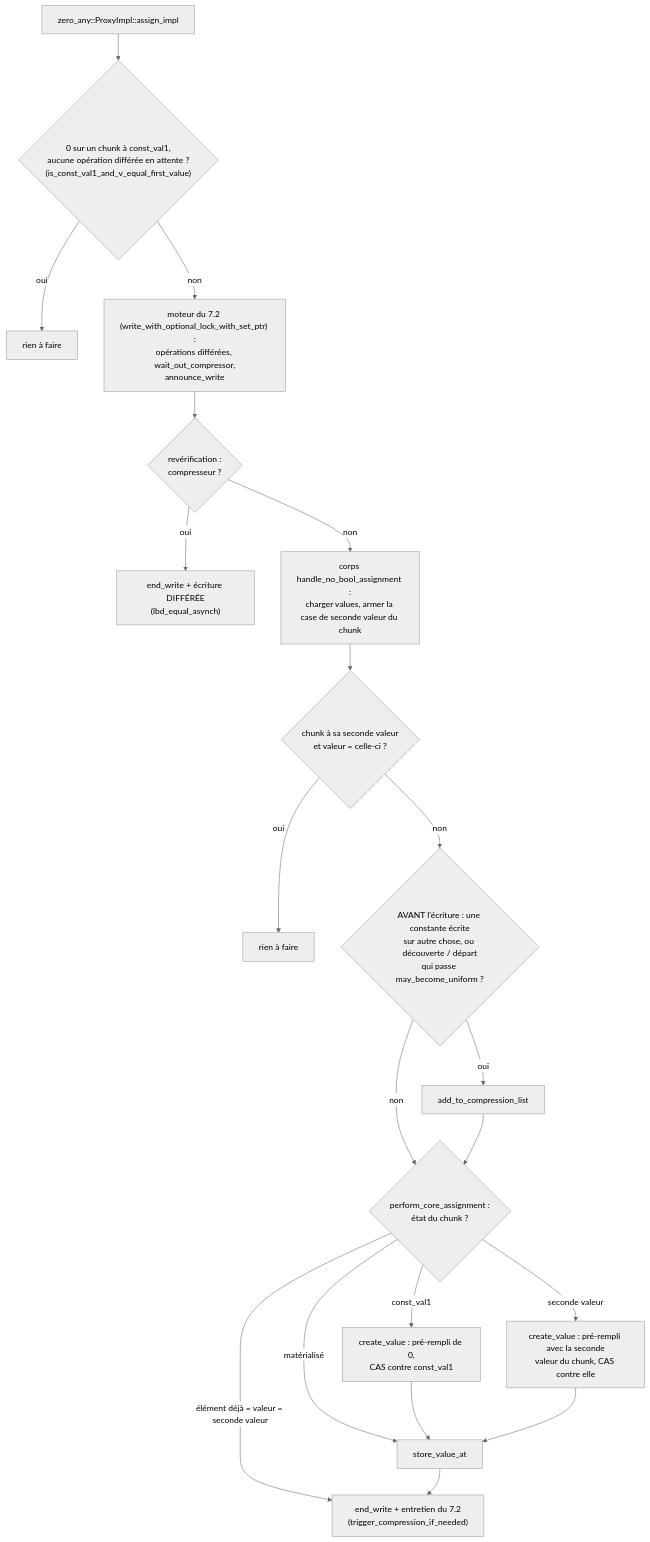
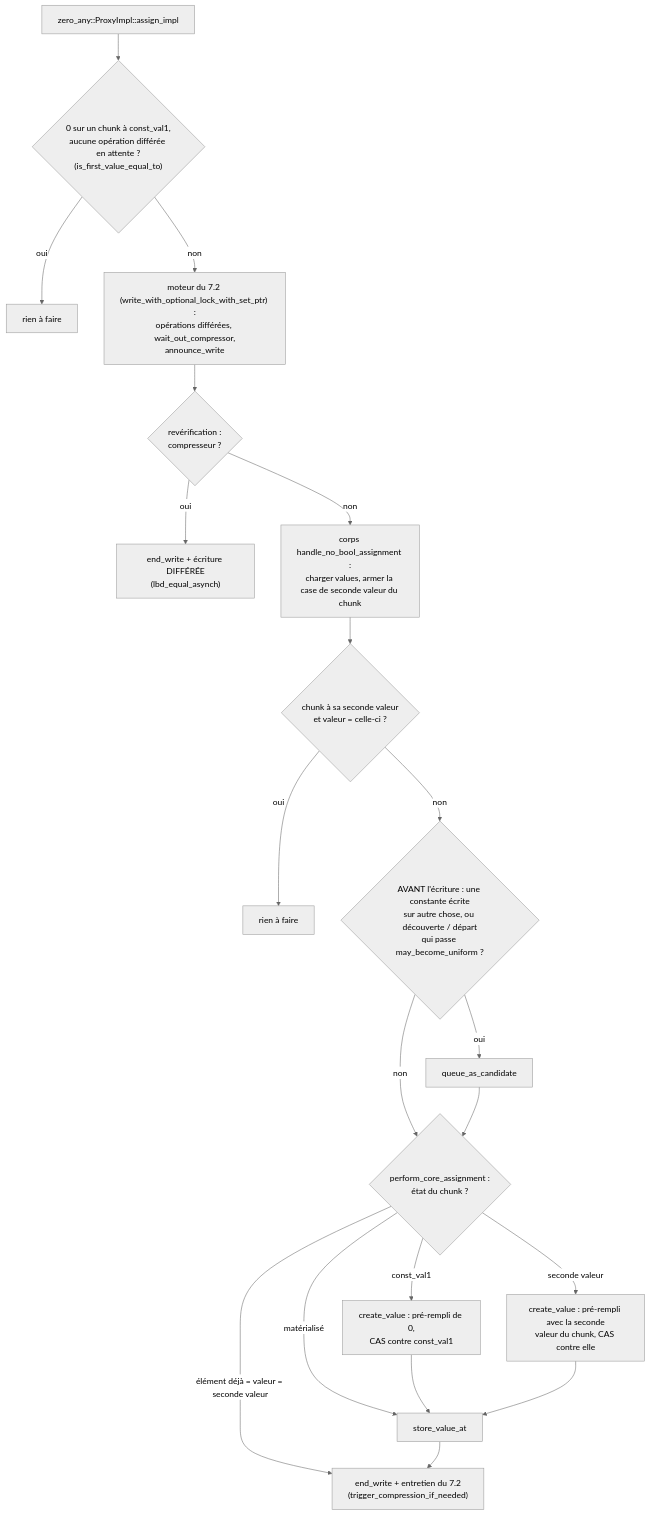
The second of 2 diagrams in docs/algo_zero_any_fr.md (cea-hpc/shrink-array), drawn with Mermaid (neutral theme) before and after one commit. The commit also changed other lines of this file and 114 other files, not shown here.

````diff
--- a/docs/algo_zero_any_fr.md
+++ b/docs/algo_zero_any_fr.md
@@ -190,22 +190,22 @@
 ```mermaid
 flowchart TD
-    A["zero_any::ProxyImpl::assign_impl"] --> B{"0 sur un chunk à const_val1,<br/>aucune opération différée en attente ?<br/>(is_const_val1_and_v_equal_first_value)"}
+    A["zero_any::ProxyImpl::assign_impl"] --> B{"0 sur un chunk à const_val1,<br/>aucune opération différée en attente ?<br/>(is_first_value_equal_to)"}
     B -->|oui| B1["rien à faire"]
     B -->|non| C["moteur du 7.2 (write_with_optional_lock_with_set_ptr) :<br/>opérations différées, wait_out_compressor,<br/>announce_write"]
     C --> D{"revérification :<br/>compresseur ?"}
     D -->|oui| D1["end_write + écriture DIFFÉRÉE<br/>(lbd_equal_asynch)"]
     D -->|non| E["corps handle_no_bool_assignment :<br/>charger values, armer la case de seconde valeur du chunk"]
     E --> F{"chunk à sa seconde valeur<br/>et valeur = celle-ci ?"}
     F -->|oui| F1["rien à faire"]
     F -->|non| G{"AVANT l'écriture : une constante écrite<br/>sur autre chose, ou découverte / départ<br/>qui passe may_become_uniform ?"}
-    G -->|oui| G1["add_to_compression_list"]
+    G -->|oui| G1["queue_as_candidate"]
     G -->|non| H
     G1 --> H{"perform_core_assignment :<br/>état du chunk ?"}
     H -->|"élément déjà = valeur = seconde valeur"| K
     H -->|"const_val1"| H1["create_value : pré-rempli de 0,<br/>CAS contre const_val1"]
     H -->|"seconde valeur"| H2["create_value : pré-rempli avec la seconde<br/>valeur du chunk, CAS contre elle"]
     H -->|"matérialisé"| I
     H1 --> I["store_value_at"]
     H2 --> I
     I --> K["end_write + entretien du 7.2<br/>(trigger_compression_if_needed)"]
 ```
````
